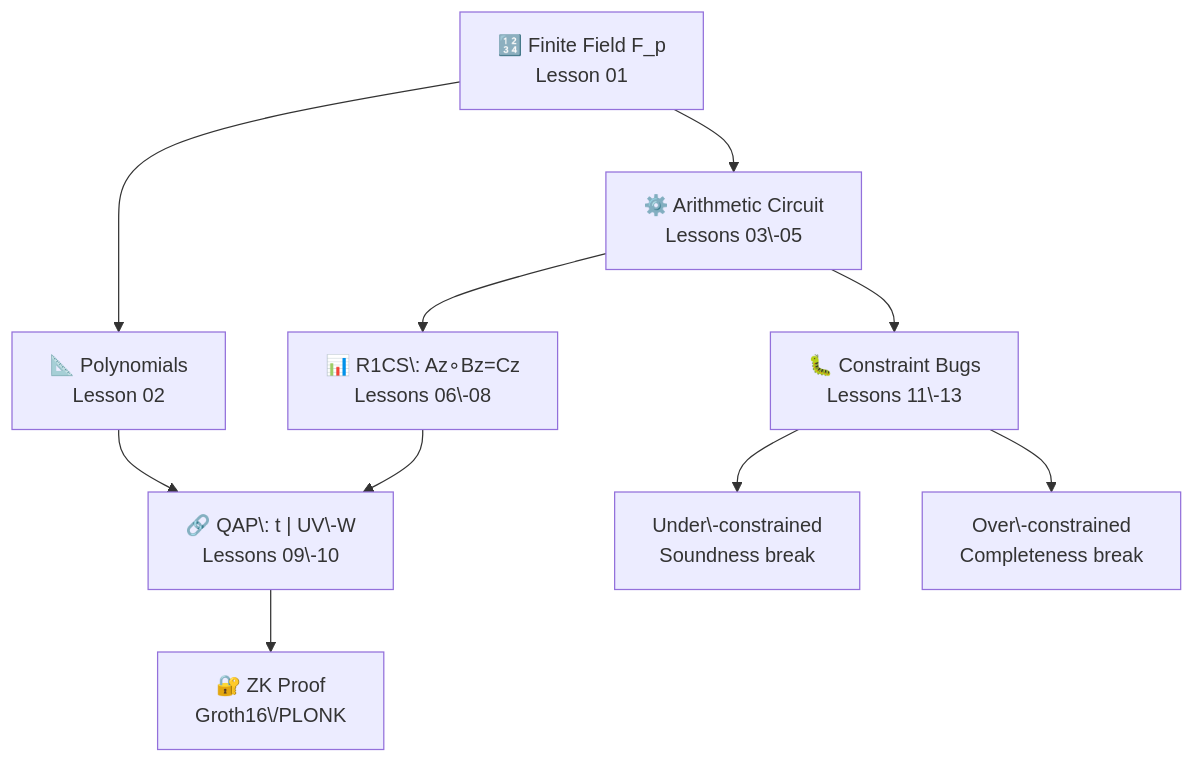
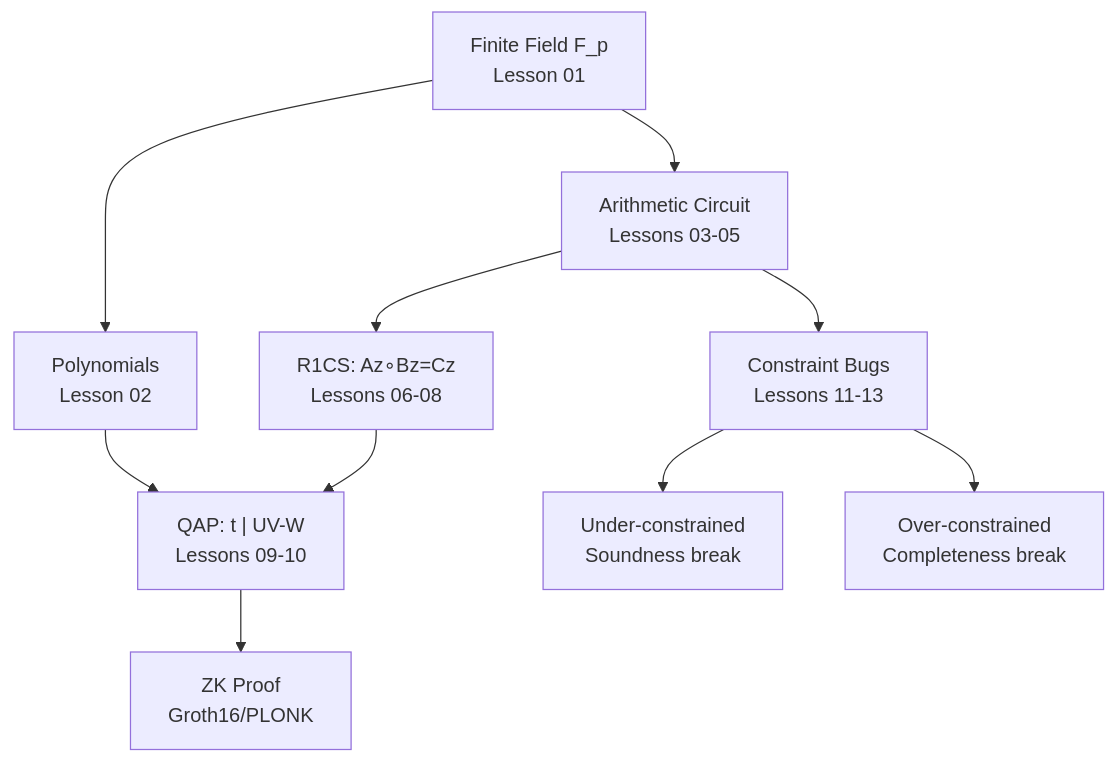
Before and after one commit to nhatminh65537/kitsu-quartz: the diagram in content/zkverify-series/arithmetic-circuits/index.md, drawn with Mermaid. The commit also changed other lines of this file and 127 other files, not shown here.

````diff
--- a/content/zkverify-series/arithmetic-circuits/index.md
+++ b/content/zkverify-series/arithmetic-circuits/index.md
@@ -49,12 +49,12 @@
 ```mermaid
 flowchart TD
-    F["🔢 Finite Field F_p<br>Lesson 01"] --> P["📐 Polynomials<br>Lesson 02"]
-    F --> C["⚙️ Arithmetic Circuit<br>Lessons 03\-05"]
+    F[" Finite Field F_p<br>Lesson 01"] --> P[" Polynomials<br>Lesson 02"]
+    F --> C[" Arithmetic Circuit<br>Lessons 03-05"]
     P --> QAP
-    C --> R["📊 R1CS\: Az∘Bz=Cz<br>Lessons 06\-08"]
-    R --> QAP["🔗 QAP\: t | UV\-W<br>Lessons 09\-10"]
-    QAP --> ZK["🔐 ZK Proof<br>Groth16\/PLONK"]
-    C --> BUG["🐛 Constraint Bugs<br>Lessons 11\-13"]
-    BUG --> UC["Under\-constrained<br>Soundness break"]
-    BUG --> OC["Over\-constrained<br>Completeness break"]
+    C --> R[" R1CS: Az∘Bz=Cz<br>Lessons 06-08"]
+    R --> QAP[" QAP: t | UV-W<br>Lessons 09-10"]
+    QAP --> ZK[" ZK Proof<br>Groth16/PLONK"]
+    C --> BUG[" Constraint Bugs<br>Lessons 11-13"]
+    BUG --> UC["Under-constrained<br>Soundness break"]
+    BUG --> OC["Over-constrained<br>Completeness break"]
 ```
````
